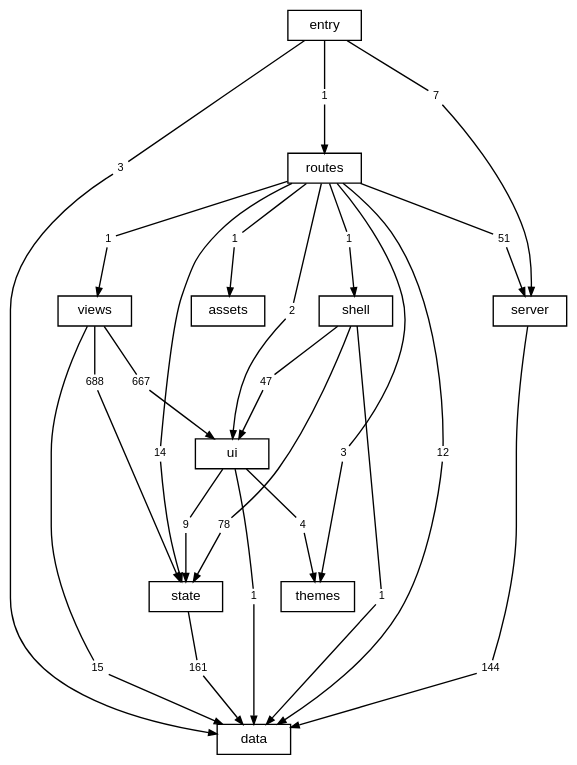
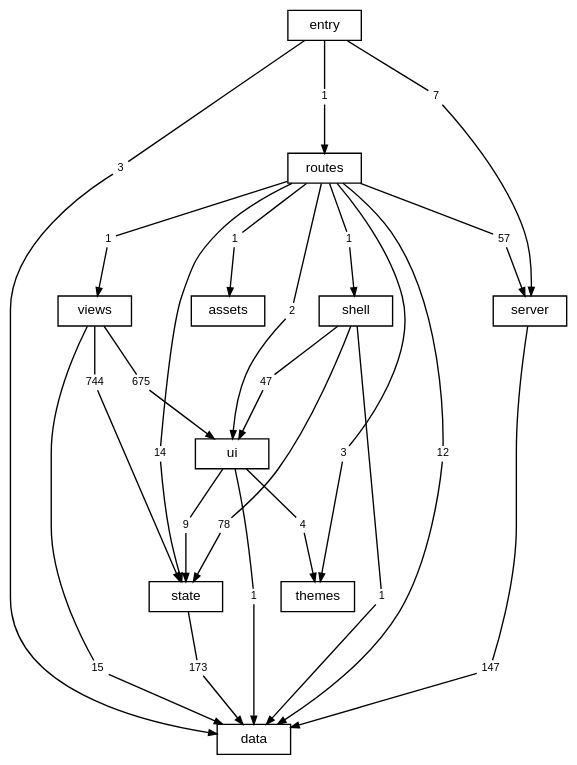
One commit to TheAxeC/oculus changed the diagram in docs/diagrams/layers.dot. Above: the diagram before and after it, drawn with Graphviz. The commit also changed 303 other files, not shown here.

```diff
--- a/docs/diagrams/layers.dot
+++ b/docs/diagrams/layers.dot
@@ -1,81 +1,81 @@
 digraph layers {
     graph [bgcolor="transparent", rankdir=TB, newrank=true, fontname="Helvetica,Arial,sans-serif", fontsize=12, nodesep=0.2, ranksep=0.5];
     node [shape=box, color="black", fontcolor="black", fontname="Helvetica,Arial,sans-serif", fontsize=10, height=0.3, margin="0.12,0.04"];
     edge [color="black", fontcolor="black", fontname="Helvetica,Arial,sans-serif", fontsize=8, arrowsize=0.6];
     "data";
     "server";
     "state";
     "ui";
     "shell";
     "views";
     "themes";
     "routes";
     "src" [label="entry"];
     "files: assets" [label="assets"];
     "routes to data" [label="12", shape=box, color="transparent", fontsize=8, width=0, height=0, margin="0.04,0.02"];
     "routes" -> "routes to data" [arrowhead=none];
     "routes to data" -> "data" [];
     "routes to files: assets" [label="1", shape=box, color="transparent", fontsize=8, width=0, height=0, margin="0.04,0.02"];
     "routes" -> "routes to files: assets" [arrowhead=none];
     "routes to files: assets" -> "files: assets" [];
-    "routes to server" [label="51", shape=box, color="transparent", fontsize=8, width=0, height=0, margin="0.04,0.02"];
+    "routes to server" [label="57", shape=box, color="transparent", fontsize=8, width=0, height=0, margin="0.04,0.02"];
     "routes" -> "routes to server" [arrowhead=none];
     "routes to server" -> "server" [];
     "routes to shell" [label="1", shape=box, color="transparent", fontsize=8, width=0, height=0, margin="0.04,0.02"];
     "routes" -> "routes to shell" [arrowhead=none];
     "routes to shell" -> "shell" [];
     "routes to state" [label="14", shape=box, color="transparent", fontsize=8, width=0, height=0, margin="0.04,0.02"];
     "routes" -> "routes to state" [arrowhead=none];
     "routes to state" -> "state" [];
     "routes to themes" [label="3", shape=box, color="transparent", fontsize=8, width=0, height=0, margin="0.04,0.02"];
     "routes" -> "routes to themes" [arrowhead=none];
     "routes to themes" -> "themes" [];
     "routes to ui" [label="2", shape=box, color="transparent", fontsize=8, width=0, height=0, margin="0.04,0.02"];
     "routes" -> "routes to ui" [arrowhead=none];
     "routes to ui" -> "ui" [];
     "routes to views" [label="1", shape=box, color="transparent", fontsize=8, width=0, height=0, margin="0.04,0.02"];
     "routes" -> "routes to views" [arrowhead=none];
     "routes to views" -> "views" [];
-    "server to data" [label="144", shape=box, color="transparent", fontsize=8, width=0, height=0, margin="0.04,0.02"];
+    "server to data" [label="147", shape=box, color="transparent", fontsize=8, width=0, height=0, margin="0.04,0.02"];
     "server" -> "server to data" [arrowhead=none];
     "server to data" -> "data" [];
     "shell to data" [label="1", shape=box, color="transparent", fontsize=8, width=0, height=0, margin="0.04,0.02"];
     "shell" -> "shell to data" [arrowhead=none];
     "shell to data" -> "data" [];
     "shell to state" [label="78", shape=box, color="transparent", fontsize=8, width=0, height=0, margin="0.04,0.02"];
     "shell" -> "shell to state" [arrowhead=none];
     "shell to state" -> "state" [];
     "shell to ui" [label="47", shape=box, color="transparent", fontsize=8, width=0, height=0, margin="0.04,0.02"];
     "shell" -> "shell to ui" [arrowhead=none];
     "shell to ui" -> "ui" [];
     "src to data" [label="3", shape=box, color="transparent", fontsize=8, width=0, height=0, margin="0.04,0.02"];
     "src" -> "src to data" [arrowhead=none];
     "src to data" -> "data" [];
     "src to routes" [label="1", shape=box, color="transparent", fontsize=8, width=0, height=0, margin="0.04,0.02"];
     "src" -> "src to routes" [arrowhead=none];
     "src to routes" -> "routes" [];
     "src to server" [label="7", shape=box, color="transparent", fontsize=8, width=0, height=0, margin="0.04,0.02"];
     "src" -> "src to server" [arrowhead=none];
     "src to server" -> "server" [];
-    "state to data" [label="161", shape=box, color="transparent", fontsize=8, width=0, height=0, margin="0.04,0.02"];
+    "state to data" [label="173", shape=box, color="transparent", fontsize=8, width=0, height=0, margin="0.04,0.02"];
     "state" -> "state to data" [arrowhead=none];
     "state to data" -> "data" [];
     "ui to data" [label="1", shape=box, color="transparent", fontsize=8, width=0, height=0, margin="0.04,0.02"];
     "ui" -> "ui to data" [arrowhead=none];
     "ui to data" -> "data" [];
     "ui to state" [label="9", shape=box, color="transparent", fontsize=8, width=0, height=0, margin="0.04,0.02"];
     "ui" -> "ui to state" [arrowhead=none];
     "ui to state" -> "state" [];
     "ui to themes" [label="4", shape=box, color="transparent", fontsize=8, width=0, height=0, margin="0.04,0.02"];
     "ui" -> "ui to themes" [arrowhead=none];
     "ui to themes" -> "themes" [];
     "views to data" [label="15", shape=box, color="transparent", fontsize=8, width=0, height=0, margin="0.04,0.02"];
     "views" -> "views to data" [arrowhead=none];
     "views to data" -> "data" [];
-    "views to state" [label="688", shape=box, color="transparent", fontsize=8, width=0, height=0, margin="0.04,0.02"];
+    "views to state" [label="744", shape=box, color="transparent", fontsize=8, width=0, height=0, margin="0.04,0.02"];
     "views" -> "views to state" [arrowhead=none];
     "views to state" -> "state" [];
-    "views to ui" [label="667", shape=box, color="transparent", fontsize=8, width=0, height=0, margin="0.04,0.02"];
+    "views to ui" [label="675", shape=box, color="transparent", fontsize=8, width=0, height=0, margin="0.04,0.02"];
     "views" -> "views to ui" [arrowhead=none];
     "views to ui" -> "ui" [];
 }
```
